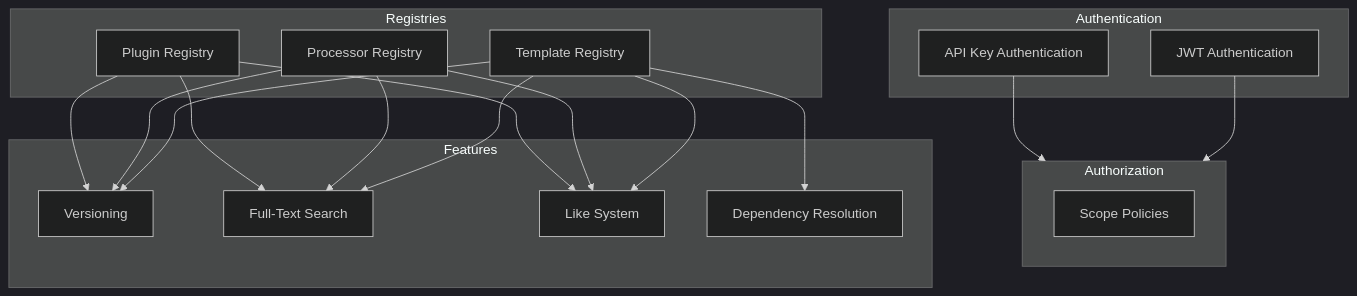
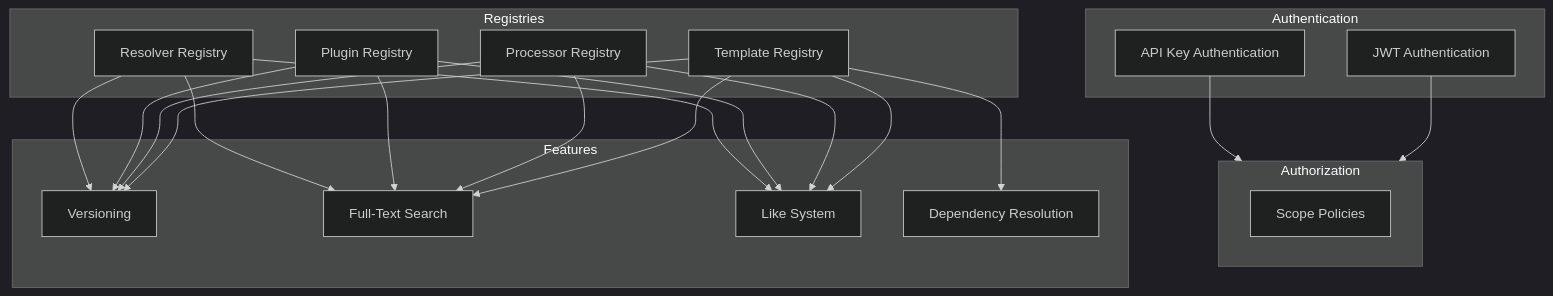
One commit to AtomiCloud/sulfone.zinc changed the first of 6 diagrams in docs/developer/features/00-README.md. Above: the diagram before and after it, drawn with Mermaid (dark theme). The commit also changed other lines of this file and 40 other files, not shown here.

First line of the commit message:
feat(resolver): add resolver registry system [CU-86ewrbrfc]

````diff
--- a/docs/developer/features/00-README.md
+++ b/docs/developer/features/00-README.md
@@ -7,40 +7,45 @@
 ```mermaid
 flowchart TB
     subgraph Authentication
         JWT[JWT Authentication]
         APIKey[API Key Authentication]
     end
 
     subgraph Authorization
         Policies[Scope Policies]
     end
 
     subgraph Registries
         Template[Template Registry]
         Processor[Processor Registry]
         Plugin[Plugin Registry]
+        Resolver[Resolver Registry]
     end
 
     subgraph Features
         Version[Versioning]
         Search[Full-Text Search]
         Like[Like System]
         Deps[Dependency Resolution]
     end
 
     JWT --> Authorization
     APIKey --> Authorization
 
     Template --> Version
     Template --> Search
     Template --> Like
     Template --> Deps
 
     Processor --> Version
     Processor --> Search
     Processor --> Like
 
     Plugin --> Version
     Plugin --> Search
     Plugin --> Like
+
+    Resolver --> Version
+    Resolver --> Search
+    Resolver --> Like
 ```
````
